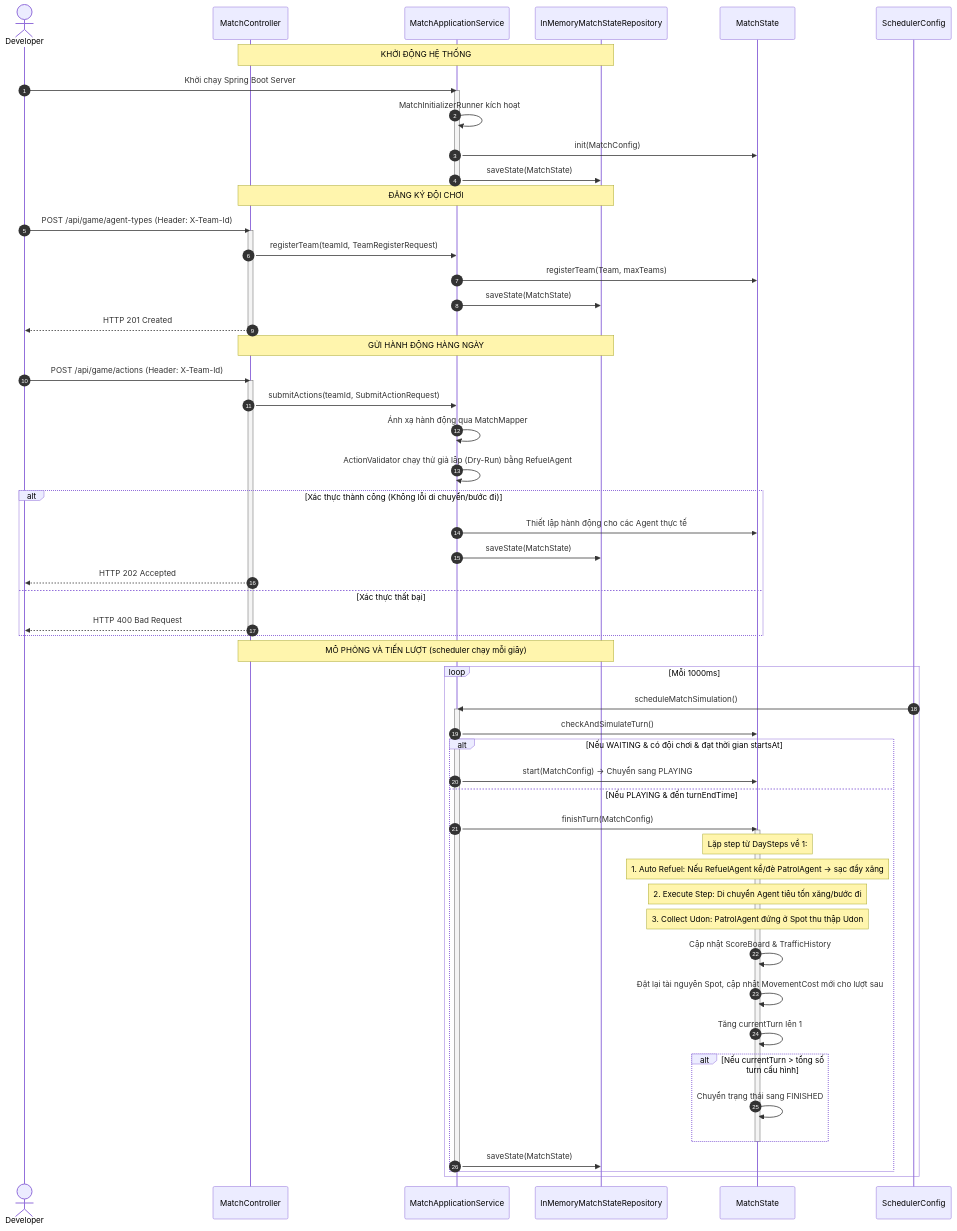
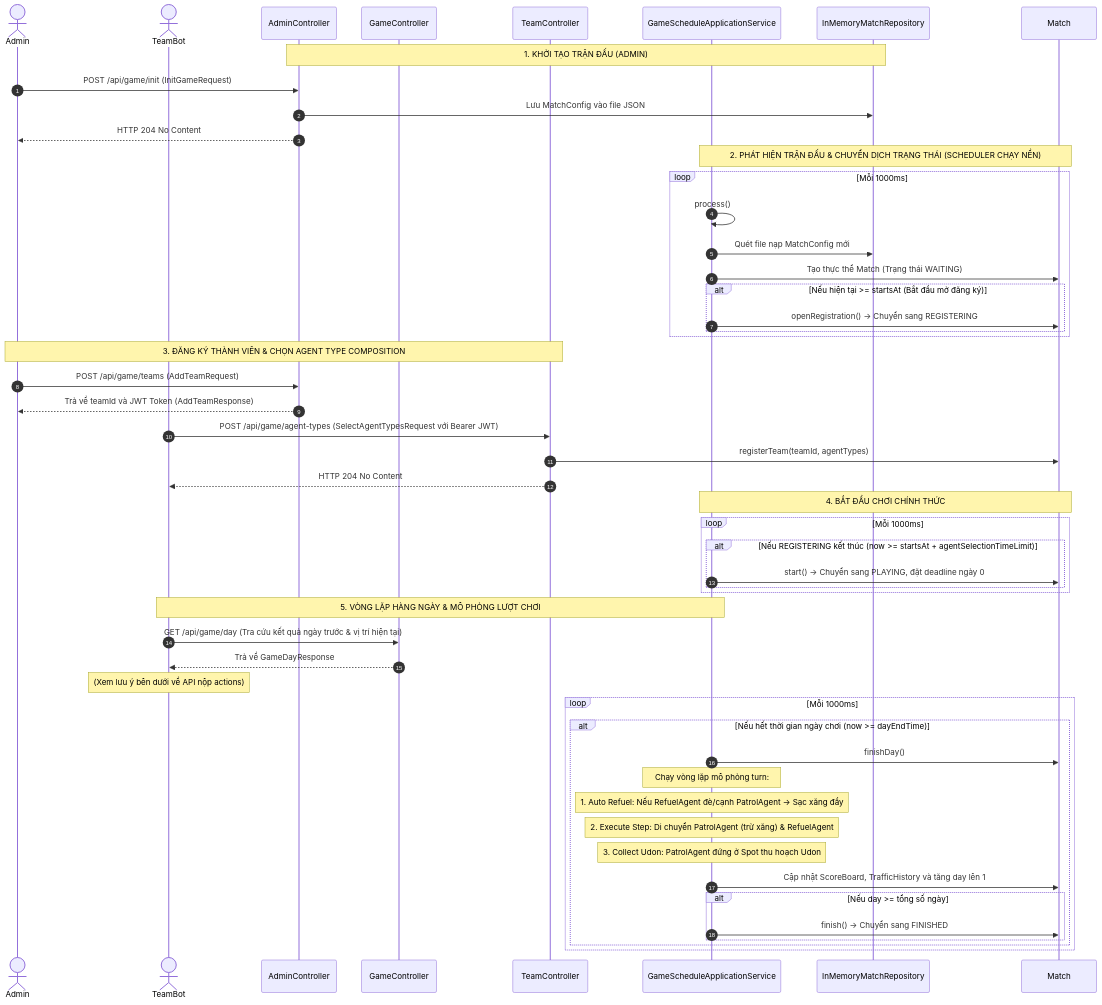
The second of 2 diagrams in server/README.md (thing-or-think/hexudon), drawn with Mermaid before and after one commit. The commit also changed other lines of this file and 229 other files, not shown here.

First line of the commit message:
refactor: restructure game architecture and API layer

````diff
--- a/server/README.md
+++ b/server/README.md
@@ -218,68 +207,61 @@
 ```mermaid
 sequenceDiagram
     autonumber
-    actor Developer
-    participant Controller as MatchController
-    participant Service as MatchApplicationService
-    participant Repository as InMemoryMatchStateRepository
-    participant Engine as MatchState
-    participant Scheduler as SchedulerConfig
+    actor Admin
+    actor TeamBot
+    participant AdminCtrl as AdminController
+    participant GameCtrl as GameController
+    participant TeamCtrl as TeamController
+    participant Service as GameScheduleApplicationService
+    participant MatchRepo as InMemoryMatchRepository
+    participant Match as Match
 
-    Note over Controller, Repository: KHỞI ĐỘNG HỆ THỐNG
-    Developer->>Service: Khởi chạy Spring Boot Server
-    activate Service
-    Service->>Service: MatchInitializerRunner kích hoạt
-    Service->>Engine: init(MatchConfig)
-    Service->>Repository: saveState(MatchState)
-    deactivate Service
+    Note over AdminCtrl, MatchRepo: 1. KHỞI TẠO TRẬN ĐẤU (ADMIN)
+    Admin->>AdminCtrl: POST /api/game/init (InitGameRequest)
+    AdminCtrl->>MatchRepo: Lưu MatchConfig vào file JSON
+    AdminCtrl-->>Admin: HTTP 204 No Content
 
-    Note over Controller, Repository: ĐĂNG KÝ ĐỘI CHƠI
-    Developer->>Controller: POST /api/game/agent-types (Header: X-Team-Id)
-    activate Controller
-    Controller->>Service: registerTeam(teamId, TeamRegisterRequest)
-    Service->>Engine: registerTeam(Team, maxTeams)
-    Service->>Repository: saveState(MatchState)
-    Controller-->>Developer: HTTP 201 Created
-    deactivate Controller
+    Note over Service, Match: 2. PHÁT HIỆN TRẬN ĐẤU & CHUYỂN DỊCH TRẠNG THÁI (SCHEDULER CHẠY NỀN)
+    loop Mỗi 1000ms
+        Service->>Service: process()
+        Service->>MatchRepo: Quét file nạp MatchConfig mới
+        Service->>Match: Tạo thực thể Match (Trạng thái WAITING)
+        alt Nếu hiện tại >= startsAt (Bắt đầu mở đăng ký)
+            Service->>Match: openRegistration() -> Chuyển sang REGISTERING
+        end
+    end
 
-    Note over Controller, Repository: GỬI HÀNH ĐỘNG HÀNG NGÀY
-    Developer->>Controller: POST /api/game/actions (Header: X-Team-Id)
-    activate Controller
-    Controller->>Service: submitActions(teamId, SubmitActionRequest)
-    Service->>Service: Ánh xạ hành động qua MatchMapper
-    Service->>Service: ActionValidator chạy thử giả lập (Dry-Run) bằng RefuelAgent
-    alt Xác thực thành công (Không lỗi di chuyển/bước đi)
-        Service->>Engine: Thiết lập hành động cho các Agent thực tế
-        Service->>Repository: saveState(MatchState)
-        Controller-->>Developer: HTTP 202 Accepted
-    else Xác thực thất bại
-        Controller-->>Developer: HTTP 400 Bad Request
+    Note over Admin, TeamCtrl: 3. ĐĂNG KÝ THÀNH VIÊN & CHỌN AGENT TYPE COMPOSITION
+    Admin->>AdminCtrl: POST /api/game/teams (AddTeamRequest)
+    AdminCtrl-->>Admin: Trả về teamId và JWT Token (AddTeamResponse)
+    
+    TeamBot->>TeamCtrl: POST /api/game/agent-types (SelectAgentTypesRequest với Bearer JWT)
+    TeamCtrl->>Match: registerTeam(teamId, agentTypes)
+    TeamCtrl-->>TeamBot: HTTP 204 No Content
+
+    Note over Service, Match: 4. BẮT ĐẦU CHƠI CHÍNH THỨC
+    loop Mỗi 1000ms
+        alt Nếu REGISTERING kết thúc (now >= startsAt + agentSelectionTimeLimit)
+            Service->>Match: start() -> Chuyển sang PLAYING, đặt deadline ngày 0
+        end
     end
-    deactivate Controller
 
-    Note over Controller, Repository: MÔ PHỎNG VÀ TIẾN LƯỢT (scheduler chạy mỗi giây)
+    Note over TeamBot, Service: 5. VÒNG LẶP HÀNG NGÀY & MÔ PHỎNG LƯỢT CHƠI
+    TeamBot->>GameCtrl: GET /api/game/day (Tra cứu kết quả ngày trước & vị trí hiện tại)
+    GameCtrl-->>TeamBot: Trả về GameDayResponse
+    Note over TeamBot: (Xem lưu ý bên dưới về API nộp actions)
+
     loop Mỗi 1000ms
-        Scheduler->>Service: scheduleMatchSimulation()
-        activate Service
-        Service->>Engine: checkAndSimulateTurn()
-        alt Nếu WAITING & có đội chơi & đạt thời gian startsAt
-            Service->>Engine: start(MatchConfig) -> Chuyển sang PLAYING
-        else Nếu PLAYING & đến turnEndTime
-            Service->>Engine: finishTurn(MatchConfig)
-            activate Engine
-            Note over Engine: Lặp step từ DaySteps về 1:
-            Note over Engine: 1. Auto Refuel: Nếu RefuelAgent kề/đè PatrolAgent -> sạc đầy xăng
-            Note over Engine: 2. Execute Step: Di chuyển Agent tiêu tốn xăng/bước đi
-            Note over Engine: 3. Collect Udon: PatrolAgent đứng ở Spot thu thập Udon
-            Engine->>Engine: Cập nhật ScoreBoard & TrafficHistory
-            Engine->>Engine: Đặt lại tài nguyên Spot, cập nhật MovementCost mới cho lượt sau
-            Engine->>Engine: Tăng currentTurn lên 1
-            alt Nếu currentTurn > tổng số turn cấu hình
-                Engine->>Engine: Chuyển trạng thái sang FINISHED
+        alt Nếu hết thời gian ngày chơi (now >= dayEndTime)
+            Service->>Match: finishDay()
+            Note over Service: Chạy vòng lặp mô phỏng turn:
+            Note over Service: 1. Auto Refuel: Nếu RefuelAgent đè/cạnh PatrolAgent -> Sạc xăng đầy
+            Note over Service: 2. Execute Step: Di chuyển PatrolAgent (trừ xăng) & RefuelAgent
+            Note over Service: 3. Collect Udon: PatrolAgent đứng ở Spot thu hoạch Udon
+            Service->>Match: Cập nhật ScoreBoard, TrafficHistory và tăng day lên 1
+            alt Nếu day >= tổng số ngày
+                Service->>Match: finish() -> Chuyển sang FINISHED
             end
-            deactivate Engine
-            Service->>Repository: saveState(MatchState)
         end
-        deactivate Service
     end
 ```
````
